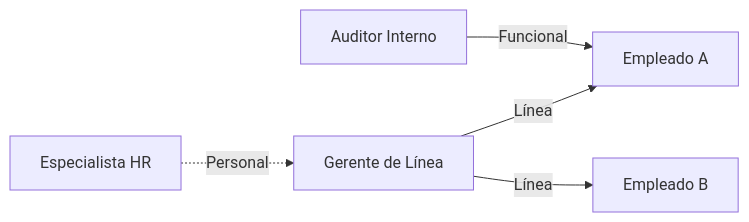
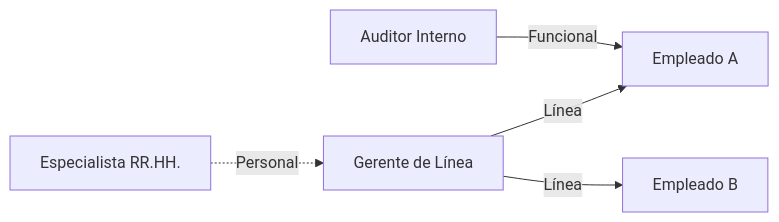
The third of 9 diagrams in Semana 5/Semana 5.md (OscarJimenezFlores/GestionTI), drawn with Mermaid before and after one commit. The commit also changed other lines of this file, not shown here.

````diff
--- a/Semana 5/Semana 5.md
+++ b/Semana 5/Semana 5.md
@@ -140,7 +146,7 @@
 ```mermaid
 graph LR
     A[Gerente de Línea] -->|Línea| B[Empleado A]
     A -->|Línea| C[Empleado B]
-    D[Especialista HR] -.->|Personal| A
+    D[Especialista RR.HH.] -.->|Personal| A
     E[Auditor Interno] -->|Funcional| B
 ```
````
